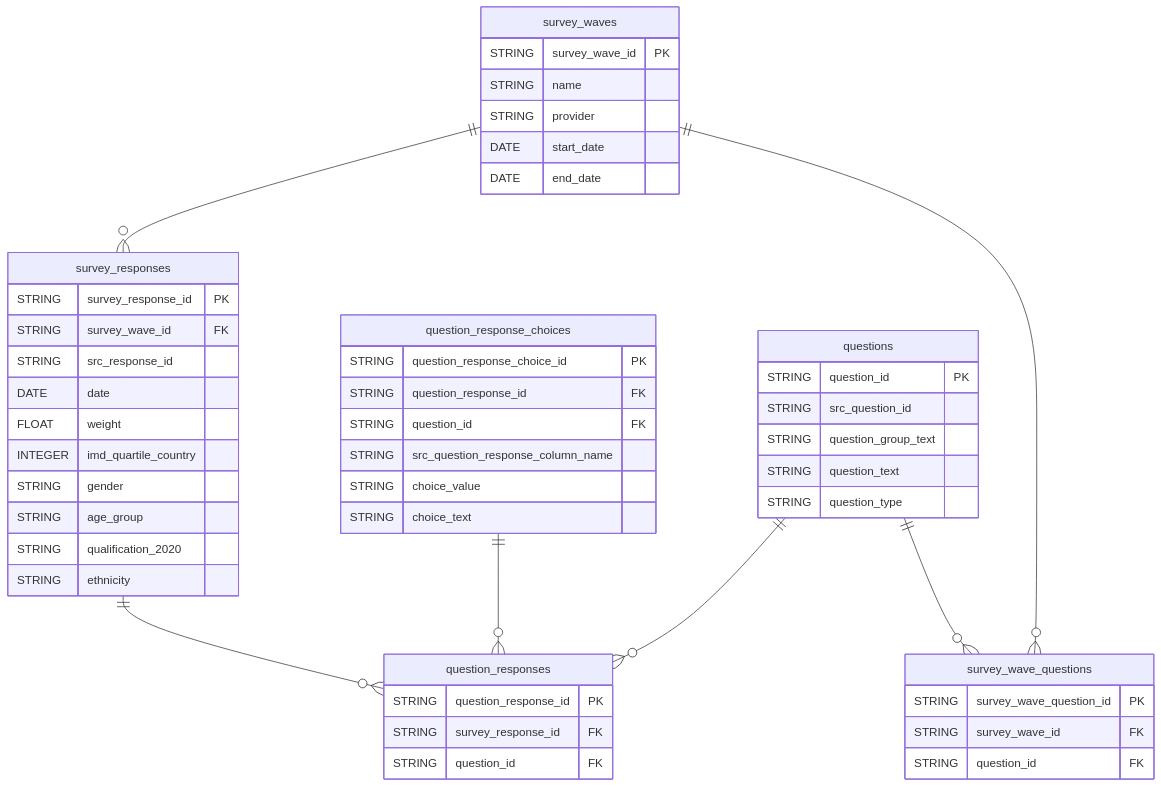
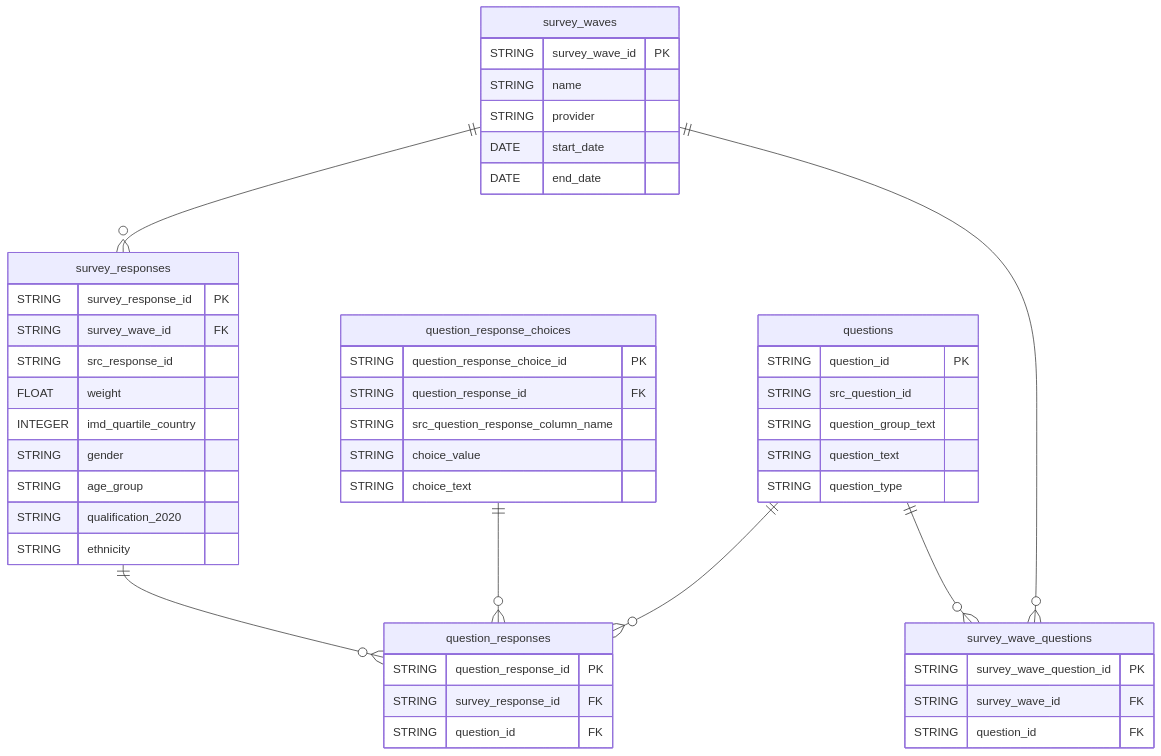
The diagram in README.md (alphagov/govuk-polling-dataform), drawn with Mermaid before and after one commit. The commit also changed 18 other files, not shown here.

````diff
--- a/README.md
+++ b/README.md
@@ -13,59 +13,57 @@
 ```mermaid
 erDiagram
     survey_waves {
         STRING survey_wave_id PK
         STRING name
         STRING provider
         DATE start_date
         DATE end_date
     }
 
     survey_responses {
         STRING survey_response_id PK
         STRING survey_wave_id FK
         STRING src_response_id
-        DATE date
         FLOAT weight
         INTEGER imd_quartile_country
         STRING gender
         STRING age_group
         STRING qualification_2020
         STRING ethnicity
     }
 
     question_responses {
         STRING question_response_id PK
         STRING survey_response_id FK
         STRING question_id FK
     }
 
     questions {
         STRING question_id PK
         STRING src_question_id
         STRING question_group_text
         STRING question_text
         STRING question_type
     }
 
     question_response_choices {
         STRING question_response_choice_id PK
         STRING question_response_id FK
-        STRING question_id FK
         STRING src_question_response_column_name
         STRING choice_value
         STRING choice_text
     }
 
     survey_wave_questions {
         STRING survey_wave_question_id PK
         STRING survey_wave_id FK
         STRING question_id FK
     }
 
     survey_waves ||--o{ survey_responses : ""
     survey_responses ||--o{ question_responses : ""
     question_response_choices ||--o{ question_responses : ""
     questions ||--o{ question_responses : ""
     questions ||--o{ survey_wave_questions : ""
     survey_waves ||--o{ survey_wave_questions : ""
 ```
````
